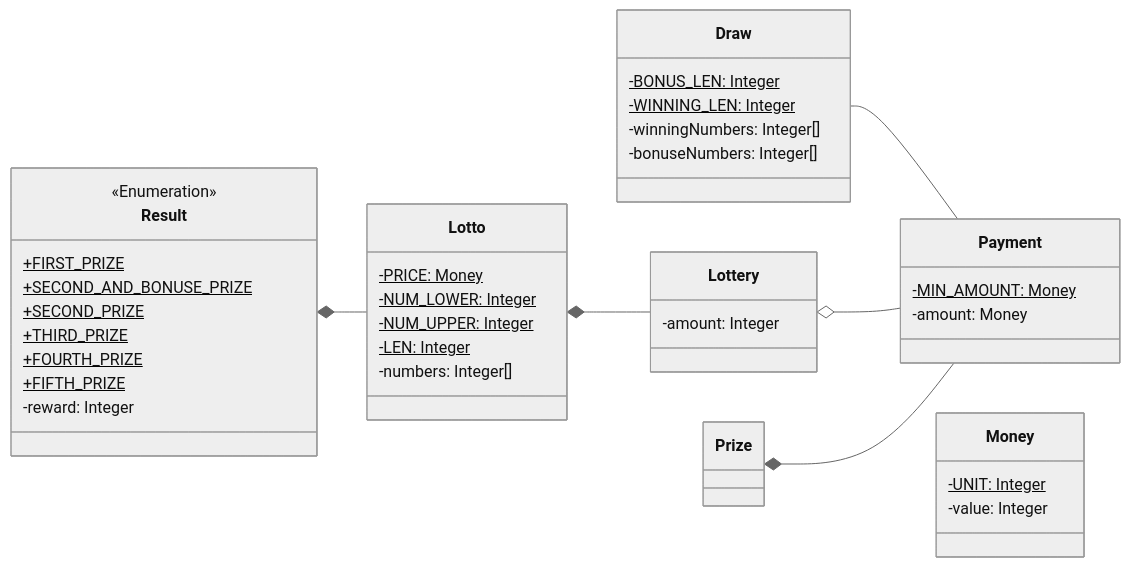
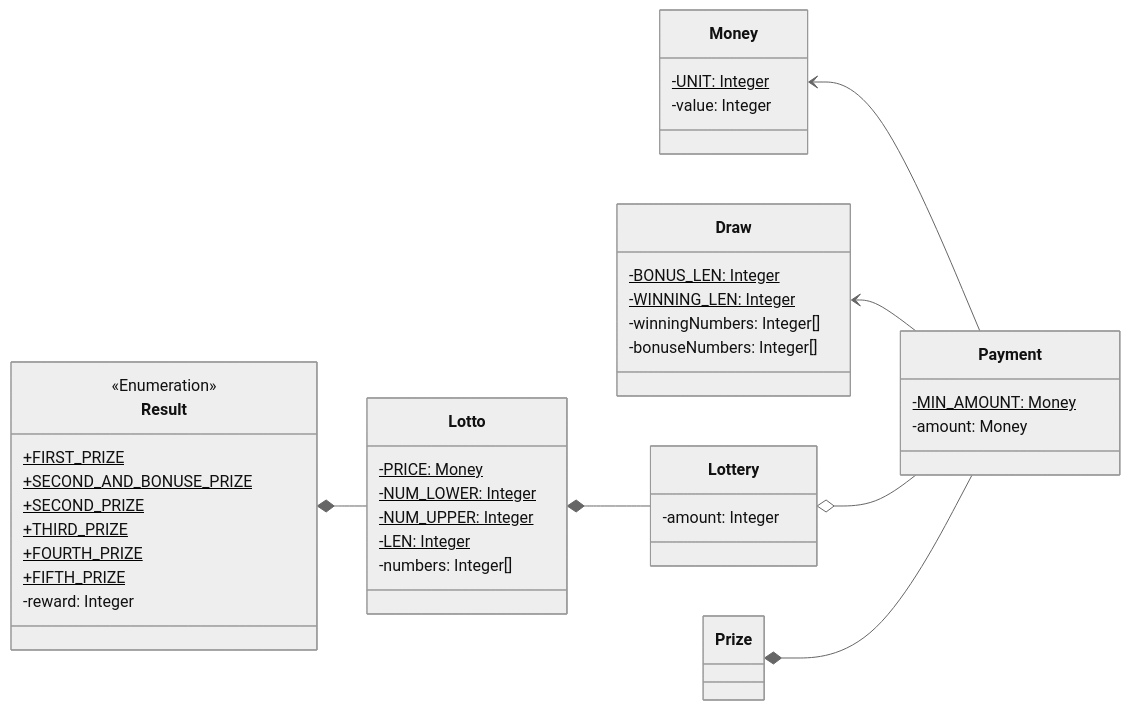
Before and after one commit to gdsc-konkuk/23-24_study_2nd_java-lotto-6: the second of 6 diagrams in docs/README.md, drawn with Mermaid (neutral theme). The commit also changed other lines of this file, not shown here.

````diff
--- a/docs/README.md
+++ b/docs/README.md
@@ -57,49 +57,50 @@
 ```mermaid
 classDiagram
     direction RL
-    Payment -- Draw
+    Payment --> Money
+    Payment --> Draw
     Payment --o Lottery
     Lottery --* Lotto
     Lotto --* Result
     Payment --* Prize
 
     class Money {
         -UNIT: Integer$
         -value: Integer
     }
 
     class Payment {
         -MIN_AMOUNT: Money$
         -amount: Money
     }
 
     class Lottery {
         -amount: Integer
     }
 
     class Lotto {
         -PRICE: Money$
         -NUM_LOWER: Integer$
         -NUM_UPPER: Integer$
         -LEN: Integer$
         -numbers: Integer[]
     }
 
     class Draw {
         -BONUS_LEN: Integer$
         -WINNING_LEN: Integer$
         -winningNumbers: Integer[]
         -bonuseNumbers: Integer[]
     }
 
     class Result {
         <<Enumeration>>
         +FIRST_PRIZE$
         +SECOND_AND_BONUSE_PRIZE$
         +SECOND_PRIZE$
         +THIRD_PRIZE$
         +FOURTH_PRIZE$
         +FIFTH_PRIZE$
         -reward: Integer
     }
 ```
````
